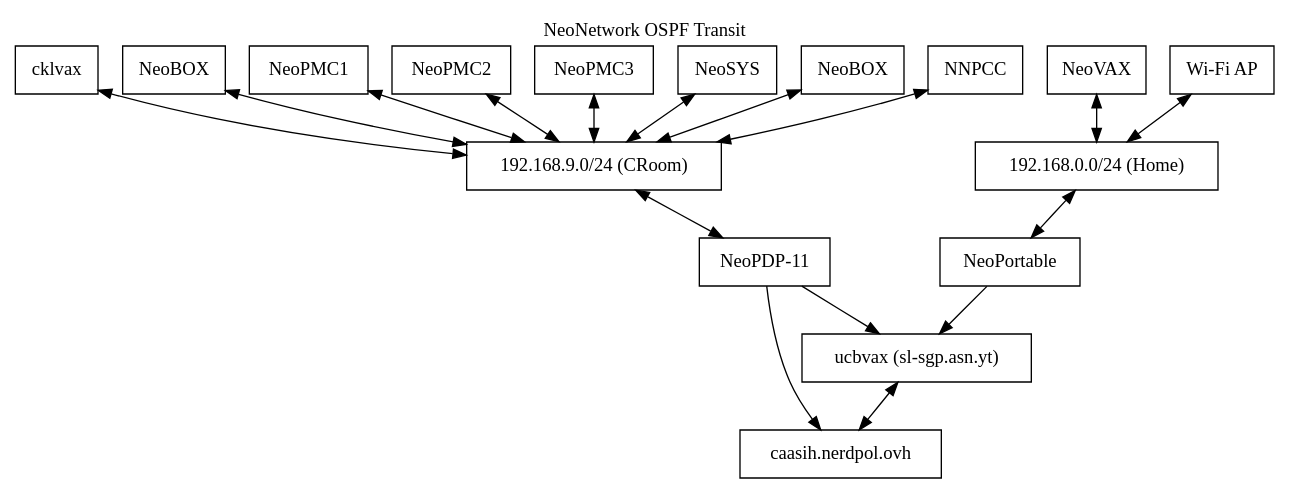
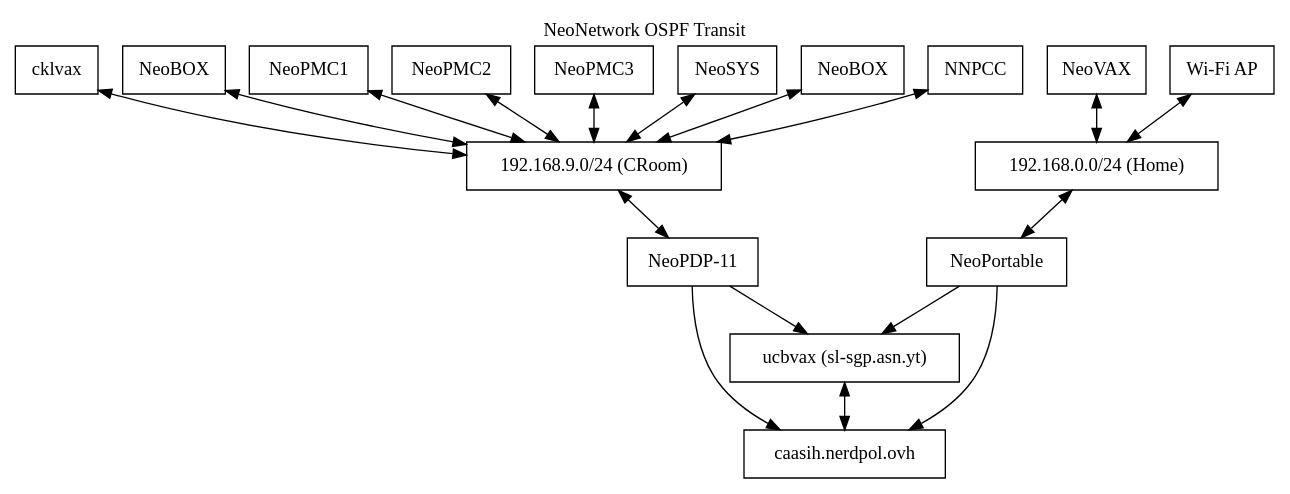
Before and after one commit to NeoCloud/NeoNetwork: the diagram in VPN.dot, drawn with Graphviz.

Commit message:
Updated Topology

```diff
--- a/VPN.dot
+++ b/VPN.dot
@@ -1,35 +1,36 @@
 digraph ""
 {
 	labelloc="t";
 	label="NeoNetwork OSPF Transit";
 	rankdir=TD
 	node [shape=box]
 	c [label="caasih.nerdpol.ovh"]
 	ucbvax [label="ucbvax (sl-sgp.asn.yt)"]
 	np11 [label="NeoPDP-11"]
 	cklvax [label="cklvax"]
 	neobox [label="NeoBOX"]
 	local [label="192.168.9.0/24 (CRoom)"]
 	np [label="NeoPortable"]
 	nv [label="NeoVAX"]
 	home [label="192.168.0.0/24 (Home)"]
 	openwrt [label="Wi-Fi AP"]
 
 
 	NeoPMC1 -> local [dir=both]
 	NeoPMC2 -> local [dir=both]
 	NeoPMC3 -> local [dir=both]
 	NeoSYS -> local [dir=both]
 	NeoBOX -> local [dir=both]
 	NNPCC -> local [dir=both]
 	np11 -> c
 	np11 -> ucbvax
 	ucbvax -> c [dir=both]
 	cklvax -> local [dir=both]
 	neobox -> local [dir=both]
 	local -> np11 [dir=both]
 	np -> ucbvax
+	np -> c
 	home -> np [dir=both]
 	openwrt -> home [dir=both]
 	nv -> home [dir=both]
 }
```
